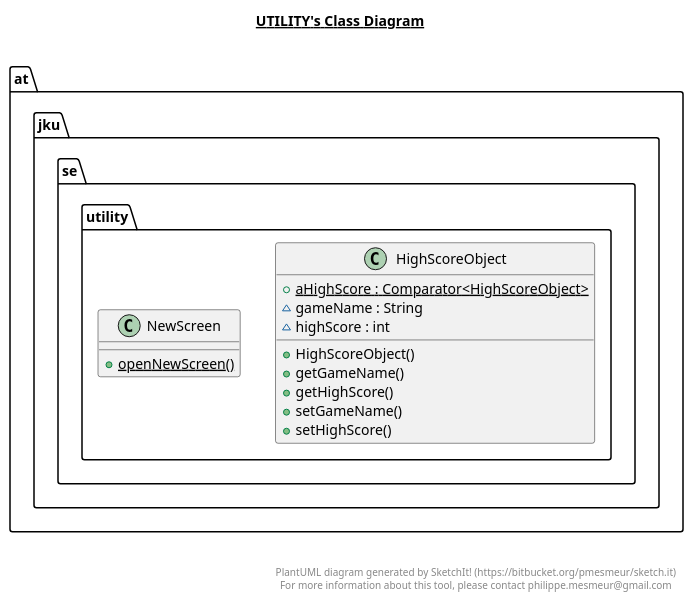
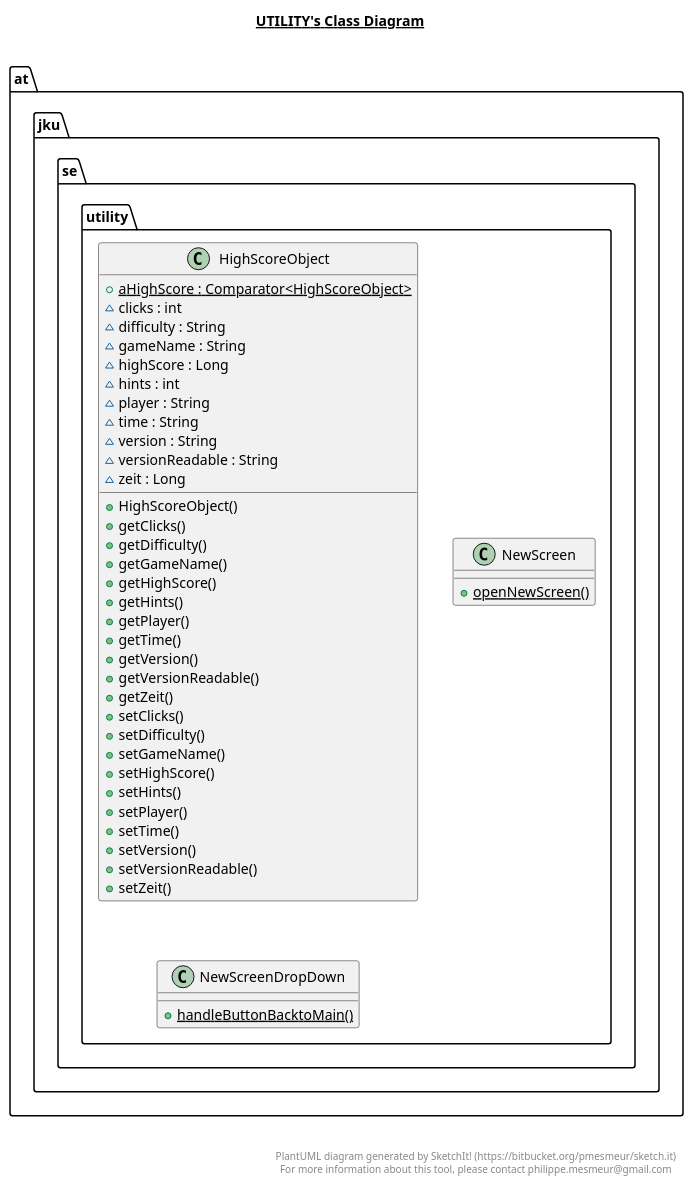
Before and after one commit to PeterSigmund12/Sudoku-Master: the diagram in Software/src/main/java/at/jku/se/utility/utility.plantuml, drawn with PlantUML. The commit also changed 15 other files, not shown here.

Commit message:
SDK-76 Player hinzugefügt und Spielfeld human readable gemacht

```diff
--- a/Software/src/main/java/at/jku/se/utility/utility.plantuml
+++ b/Software/src/main/java/at/jku/se/utility/utility.plantuml
@@ -1,35 +1,66 @@
 @startuml
 
 title __UTILITY's Class Diagram__\n
 
   namespace at.jku.se.utility {
     class at.jku.se.utility.HighScoreObject {
         {static} + aHighScore : Comparator<HighScoreObject>
+        ~ clicks : int
+        ~ difficulty : String
         ~ gameName : String
-        ~ highScore : int
+        ~ highScore : Long
+        ~ hints : int
+        ~ player : String
+        ~ time : String
+        ~ version : String
+        ~ versionReadable : String
+        ~ zeit : Long
         + HighScoreObject()
+        + getClicks()
+        + getDifficulty()
         + getGameName()
         + getHighScore()
+        + getHints()
+        + getPlayer()
+        + getTime()
+        + getVersion()
+        + getVersionReadable()
+        + getZeit()
+        + setClicks()
+        + setDifficulty()
         + setGameName()
         + setHighScore()
+        + setHints()
+        + setPlayer()
+        + setTime()
+        + setVersion()
+        + setVersionReadable()
+        + setZeit()
     }
   }
   
 
   namespace at.jku.se.utility {
     class at.jku.se.utility.NewScreen {
         {static} + openNewScreen()
+    }
+  }
+  
+
+  namespace at.jku.se.utility {
+    class at.jku.se.utility.NewScreenDropDown {
+        {static} + handleButtonBacktoMain()
     }
   }
   
 
 
 
 right footer
 
 
 PlantUML diagram generated by SketchIt! (https://bitbucket.org/pmesmeur/sketch.it)
 For more information about this tool, please contact philippe.mesmeur@gmail.com
 endfooter
 
 @enduml
```
